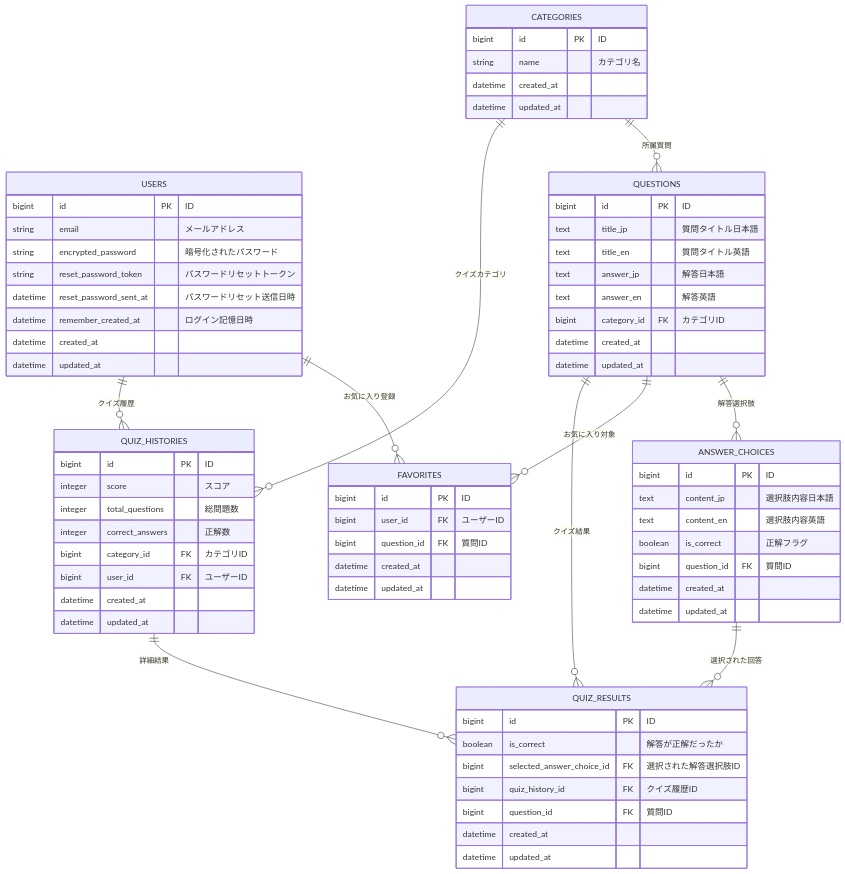
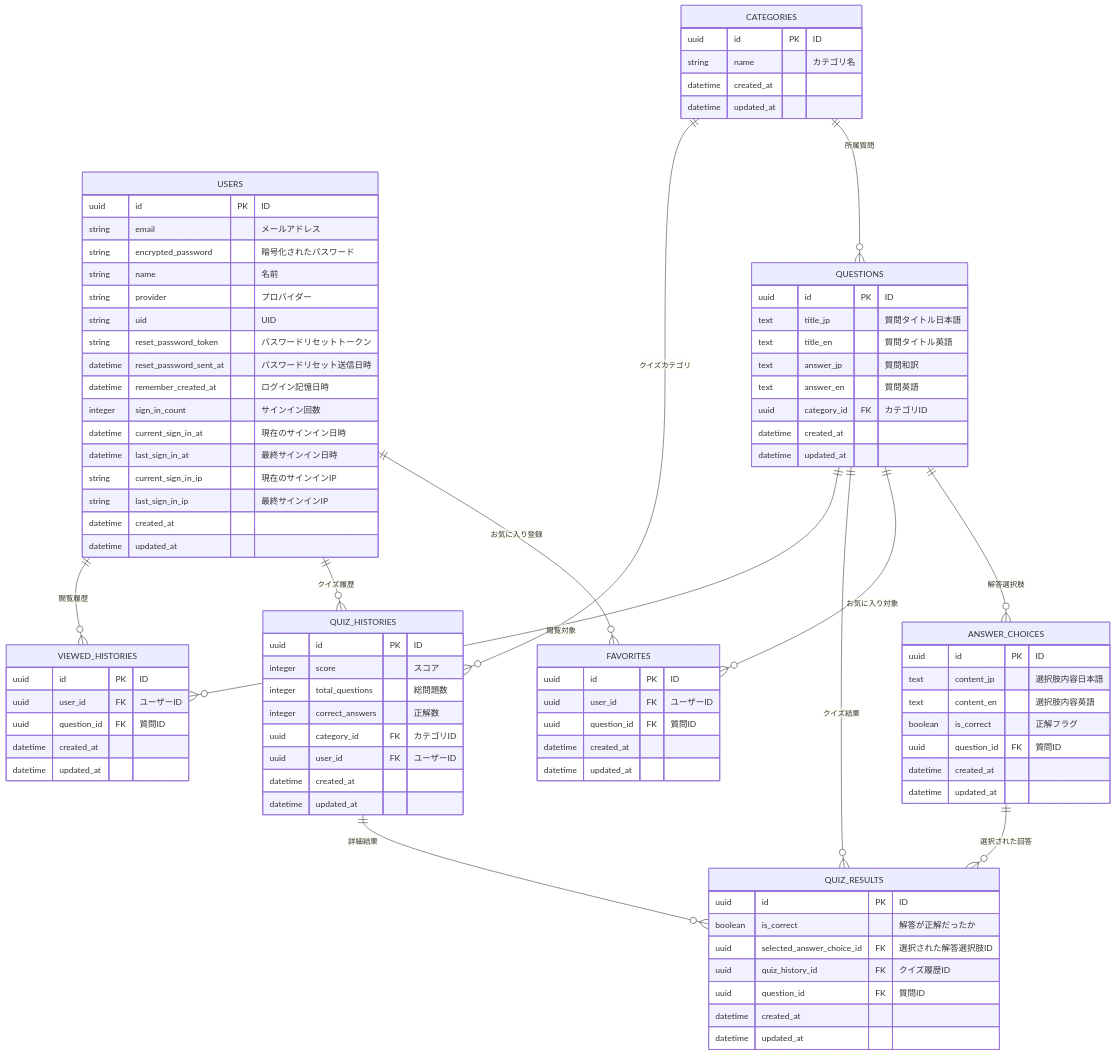
One commit to rikiya-0331/clear_gate changed the diagram in README.md. Above: the diagram before and after it, drawn with Mermaid. The commit also changed other lines of this file, not shown here.

Commit message:
docs: READMEを更新し、構成、機能紹介、ER図、目次を改善

```````diff
--- a/README.md
+++ b/README.md
@@ -204,80 +97,98 @@
 ```mermaid
 erDiagram
-    USERS ||--o{ FAVORITES        : お気に入り登録
-    USERS ||--o{ QUIZ_HISTORIES   : クイズ履歴
-    CATEGORIES ||--o{ QUESTIONS    : 所属質問
-    CATEGORIES ||--o{ QUIZ_HISTORIES: クイズカテゴリ
-    QUESTIONS ||--o{ ANSWER_CHOICES : 解答選択肢
-    QUESTIONS ||--o{ FAVORITES     : お気に入り対象
-    QUESTIONS ||--o{ QUIZ_RESULTS  : クイズ結果
-    QUIZ_HISTORIES ||--o{ QUIZ_RESULTS: 詳細結果
-    ANSWER_CHOICES ||--o{ QUIZ_RESULTS: 選択された回答
+    USERS ||--o{ FAVORITES : "お気に入り登録"
+    USERS ||--o{ QUIZ_HISTORIES : "クイズ履歴"
+    USERS ||--o{ VIEWED_HISTORIES : "閲覧履歴"
+    CATEGORIES ||--o{ QUESTIONS : "所属質問"
+    CATEGORIES ||--o{ QUIZ_HISTORIES : "クイズカテゴリ"
+    QUESTIONS ||--o{ ANSWER_CHOICES : "解答選択肢"
+    QUESTIONS ||--o{ FAVORITES : "お気に入り対象"
+    QUESTIONS ||--o{ QUIZ_RESULTS : "クイズ結果"
+    QUESTIONS ||--o{ VIEWED_HISTORIES : "閲覧対象"
+    QUIZ_HISTORIES ||--o{ QUIZ_RESULTS : "詳細結果"
+    ANSWER_CHOICES ||--o{ QUIZ_RESULTS : "選択された回答"
 
     USERS {
-        bigint   id                        PK "ID"
-        string   email                     "メールアドレス"
-        string   encrypted_password        "暗号化されたパスワード"
-        string   reset_password_token      "パスワードリセットトークン"
-        datetime reset_password_sent_at    "パスワードリセット送信日時"
-        datetime remember_created_at       "ログイン記憶日時"
+        uuid id PK "ID"
+        string email "メールアドレス"
+        string encrypted_password "暗号化されたパスワード"
+        string name "名前"
+        string provider "プロバイダー"
+        string uid "UID"
+        string reset_password_token "パスワードリセットトークン"
+        datetime reset_password_sent_at "パスワードリセット送信日時"
+        datetime remember_created_at "ログイン記憶日時"
+        integer sign_in_count "サインイン回数"
+        datetime current_sign_in_at "現在のサインイン日時"
+        datetime last_sign_in_at "最終サインイン日時"
+        string current_sign_in_ip "現在のサインインIP"
+        string last_sign_in_ip "最終サインインIP"
         datetime created_at
         datetime updated_at
     }
 
     CATEGORIES {
-        bigint   id   PK "ID"
-        string   name "カテゴリ名"
+        uuid id PK "ID"
+        string name "カテゴリ名"
         datetime created_at
         datetime updated_at
     }
 
     QUESTIONS {
-        bigint   id           PK "ID"
-        text     title_jp     "質問タイトル日本語"
-        text     title_en     "質問タイトル英語"
-        text     answer_jp    "解答日本語"
-        text     answer_en    "解答英語"
-        bigint   category_id  FK "カテゴリID"
+        uuid id PK "ID"
+        text title_jp "質問タイトル日本語"
+        text title_en "質問タイトル英語"
+        text answer_jp "質問和訳"
+        text answer_en "質問英語"
+        uuid category_id FK "カテゴリID"
         datetime created_at
         datetime updated_at
     }
 
     ANSWER_CHOICES {
-        bigint   id           PK "ID"
-        text     content_jp   "選択肢内容日本語"
-        text     content_en   "選択肢内容英語"
-        boolean  is_correct   "正解フラグ"
-        bigint   question_id  FK "質問ID"
+        uuid id PK "ID"
+        text content_jp "選択肢内容日本語"
+        text content_en "選択肢内容英語"
+        boolean is_correct "正解フラグ"
+        uuid question_id FK "質問ID"
         datetime created_at
         datetime updated_at
     }
 
     FAVORITES {
-        bigint   id           PK "ID"
-        bigint   user_id      FK "ユーザーID"
-        bigint   question_id  FK "質問ID"
+        uuid id PK "ID"
+        uuid user_id FK "ユーザーID"
+        uuid question_id FK "質問ID"
         datetime created_at
         datetime updated_at
     }
 
     QUIZ_HISTORIES {
-        bigint   id           PK "ID"
-        integer  score        "スコア"
-        integer  total_questions "総問題数"
-        integer  correct_answers "正解数"
-        bigint   category_id  FK "カテゴリID"
-        bigint   user_id      FK "ユーザーID"
+        uuid id PK "ID"
+        integer score "スコア"
+        integer total_questions "総問題数"
+        integer correct_answers "正解数"
+        uuid category_id FK "カテゴリID"
+        uuid user_id FK "ユーザーID"
         datetime created_at
         datetime updated_at
     }
 
     QUIZ_RESULTS {
-        bigint   id                       PK "ID"
-        boolean  is_correct               "解答が正解だったか"
-        bigint   selected_answer_choice_id FK "選択された解答選択肢ID"
-        bigint   quiz_history_id          FK "クイズ履歴ID"
-        bigint   question_id              FK "質問ID"
+        uuid id PK "ID"
+        boolean is_correct "解答が正解だったか"
+        uuid selected_answer_choice_id FK "選択された解答選択肢ID"
+        uuid quiz_history_id FK "クイズ履歴ID"
+        uuid question_id FK "質問ID"
         datetime created_at
         datetime updated_at
     }
-```
+
+    VIEWED_HISTORIES {
+        uuid id PK "ID"
+        uuid user_id FK "ユーザーID"
+        uuid question_id FK "質問ID"
+        datetime created_at
+        datetime updated_at
+    }
+``````
```````
